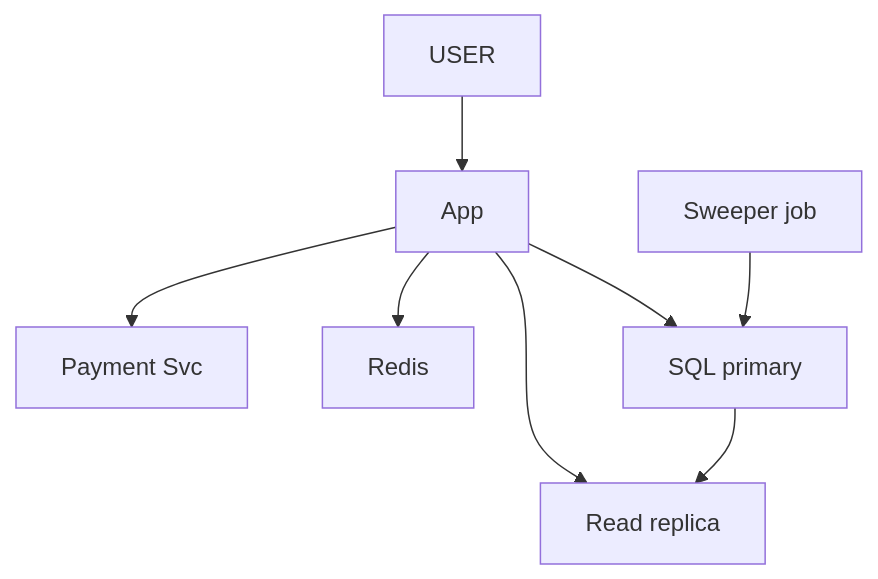
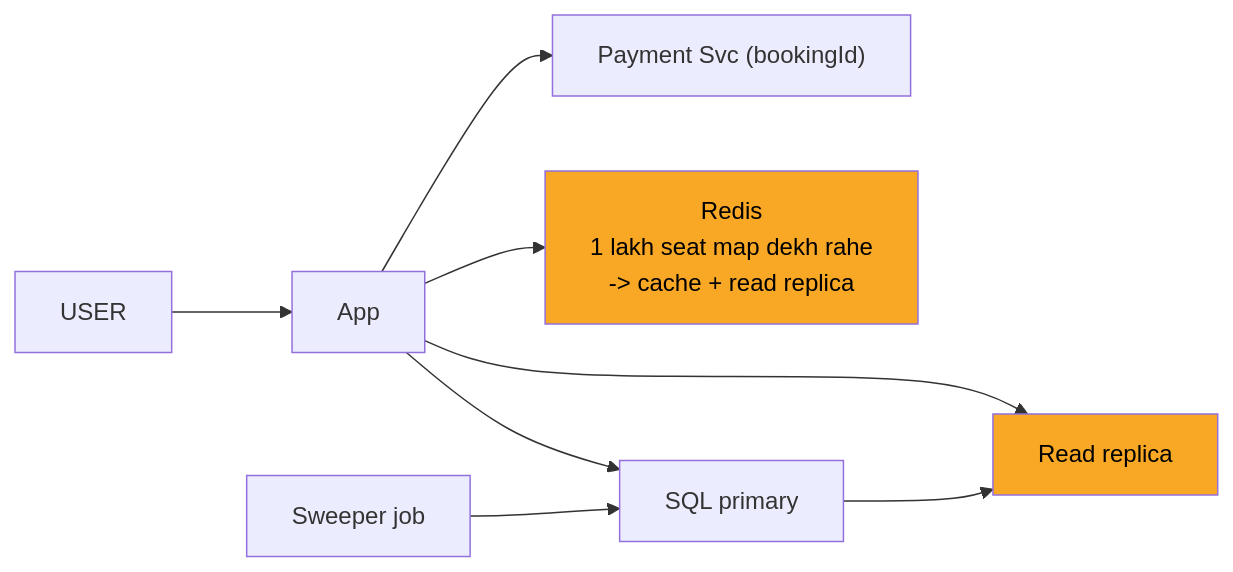
Before and after one commit to ArpanMaheshwari144/Prep: the fifth of 9 diagrams in 04_HLD/SYSTEM_DESIGNS/09_bookmyshow/09_bookmyshow_INTERVIEW.md, drawn with Mermaid. The commit also changed other lines of this file and 2 other files, not shown here.

Commit message:
news, bookmyshow, cache: one-day story, short cards, follow-ups with rules, highlighted diagrams

````diff
--- a/04_HLD/SYSTEM_DESIGNS/09_bookmyshow/09_bookmyshow_INTERVIEW.md
+++ b/04_HLD/SYSTEM_DESIGNS/09_bookmyshow/09_bookmyshow_INTERVIEW.md
@@ -173,17 +179,19 @@
 ```mermaid
-flowchart TD
+flowchart LR
     n_USER["USER"]
     n_App["App"]
-    n_Payment_Svc["Payment Svc"]
-    n_Redis["Redis"]
+    n_Payment_Svc["Payment Svc (bookingId)"]
+    n_Redis["Redis<br/>1 lakh seat map dekh rahe<br/>-> cache + read replica"]
     n_Read_replica["Read replica"]
     n_SQL_primary["SQL primary"]
     n_Sweeper_job["Sweeper job"]
     n_USER --> n_App
     n_App --> n_Payment_Svc
     n_App --> n_Redis
     n_App --> n_Read_replica
     n_App --> n_SQL_primary
     n_Sweeper_job --> n_SQL_primary
     n_SQL_primary --> n_Read_replica
+    style n_Redis fill:#f9a825,color:#000
+    style n_Read_replica fill:#f9a825,color:#000
 ```
````
